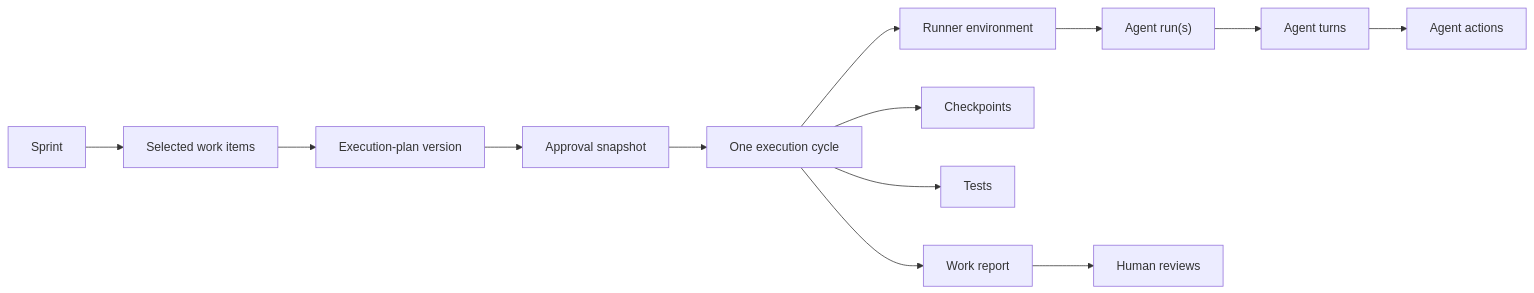
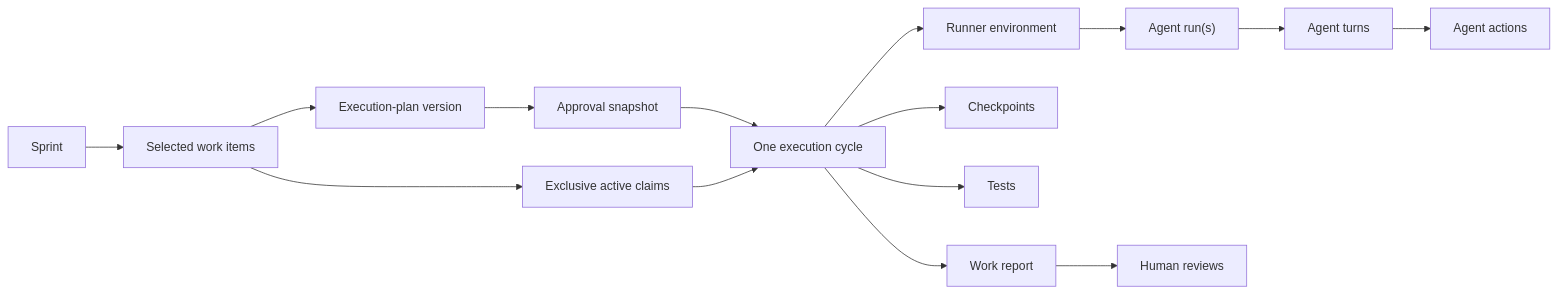
Before and after one commit to DaymondGoulderHorobin/Agile_project_management_app: the first of 2 diagrams in docs/planning/05-ai-and-codex-architecture.md, drawn with Mermaid. The commit also changed other lines of this file and 14 other files, not shown here.

````diff
--- a/docs/planning/05-ai-and-codex-architecture.md
+++ b/docs/planning/05-ai-and-codex-architecture.md
@@ -113,15 +123,17 @@
 ```mermaid
 flowchart LR
     S["Sprint"] --> WI["Selected work items"]
     WI --> EPV["Execution-plan version"]
     EPV --> APS["Approval snapshot"]
     APS --> EC["One execution cycle"]
+    WI --> CL["Exclusive active claims"]
+    CL --> EC
     EC --> RE["Runner environment"]
     RE --> AR["Agent run(s)"]
     AR --> AT["Agent turns"]
     AT --> AA["Agent actions"]
     EC --> CP["Checkpoints"]
     EC --> TEST["Tests"]
     EC --> WR["Work report"]
     WR --> REV["Human reviews"]
 ```
````
